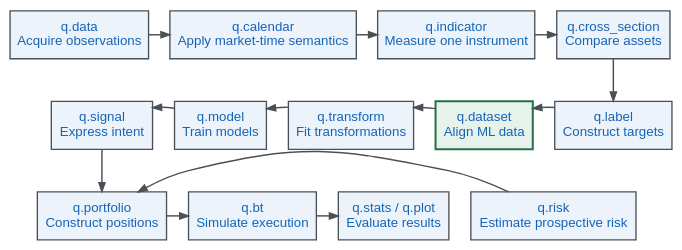
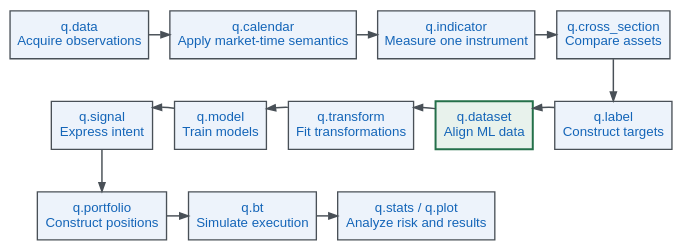
The diagram in docs/index.qmd (quantbert/qrt), drawn with Graphviz before and after one commit. The commit also changed other lines of this file and 57 other files, not shown here.

Commit message:
merged risk with stats

````diff
--- a/docs/index.qmd
+++ b/docs/index.qmd
@@ -15,34 +15,32 @@
 ```{dot}
 digraph research_flow {
     graph [bgcolor="transparent", nodesep=0.22, ranksep=0.45, pad=0.05]
     node [shape=box, style="filled", fillcolor="#edf3fb", color="#495057", fontcolor="#1465b8", fontname="Arial", fontsize=10, margin="0.08,0.05"]
     edge [color="#495057", arrowsize=0.65, penwidth=1.1]
 
     data [label="q.data\nAcquire observations"]
     calendar [label="q.calendar\nApply market-time semantics"]
     indicator [label="q.indicator\nMeasure one instrument"]
     cross_section [label="q.cross_section\nCompare assets"]
     label [label="q.label\nConstruct targets"]
     dataset [label="q.dataset\nAlign ML data", fillcolor="#e8f2ec", color="#24704a", penwidth=1.5]
     transform [label="q.transform\nFit transformations"]
     model [label="q.model\nTrain models"]
     signal [label="q.signal\nExpress intent"]
     portfolio [label="q.portfolio\nConstruct positions"]
-    risk [label="q.risk\nEstimate prospective risk"]
     bt [label="q.bt\nSimulate execution"]
-    stats [label="q.stats / q.plot\nEvaluate results"]
+    stats [label="q.stats / q.plot\nAnalyze risk and results"]
 
     { rank=same; data; calendar; indicator; cross_section }
     { rank=same; signal; model; transform; dataset; label }
-    { rank=same; portfolio; risk; bt; stats }
+    { rank=same; portfolio; bt; stats }
 
     signal -> model -> transform -> dataset -> label [style=invis, weight=100]
 
     data -> calendar -> indicator -> cross_section
     cross_section -> label
     label -> dataset -> transform -> model -> signal [constraint=false, weight=0]
     signal -> portfolio
-    risk -> portfolio [constraint=false]
     portfolio -> bt -> stats
 }
 ```
````
